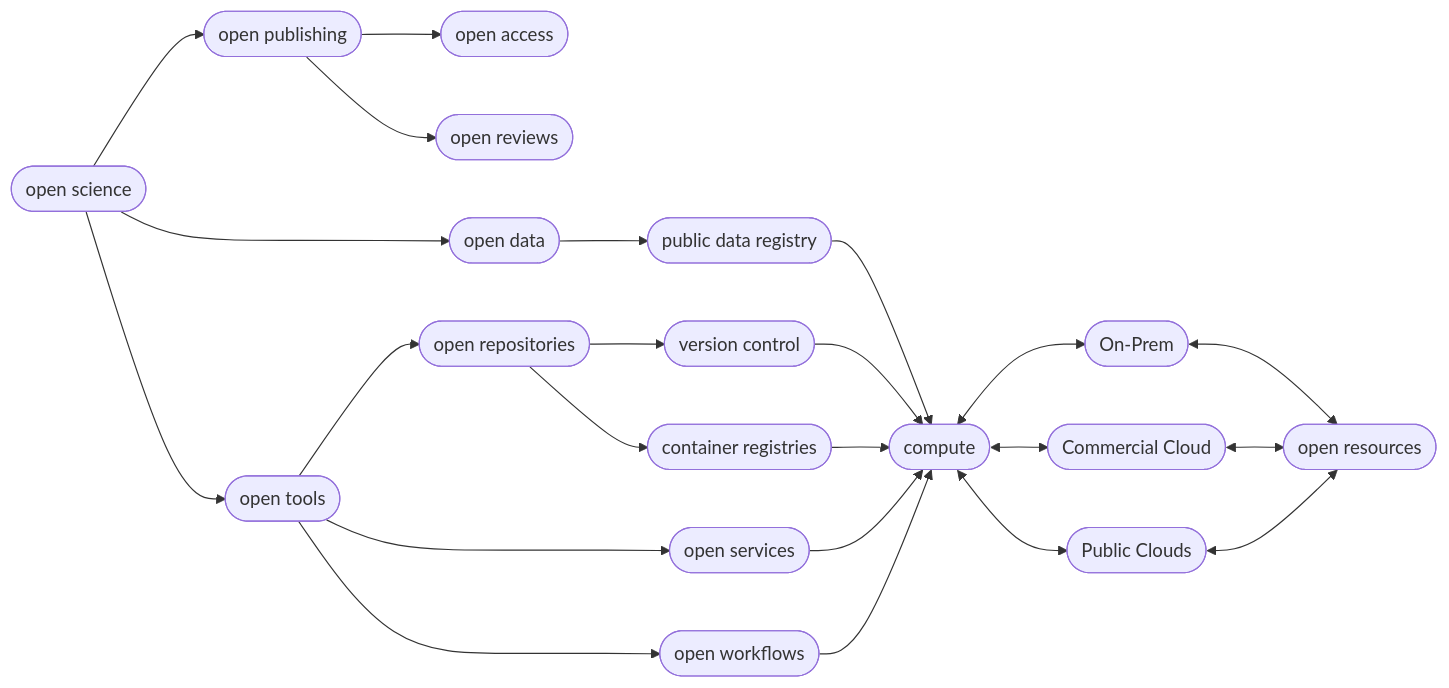
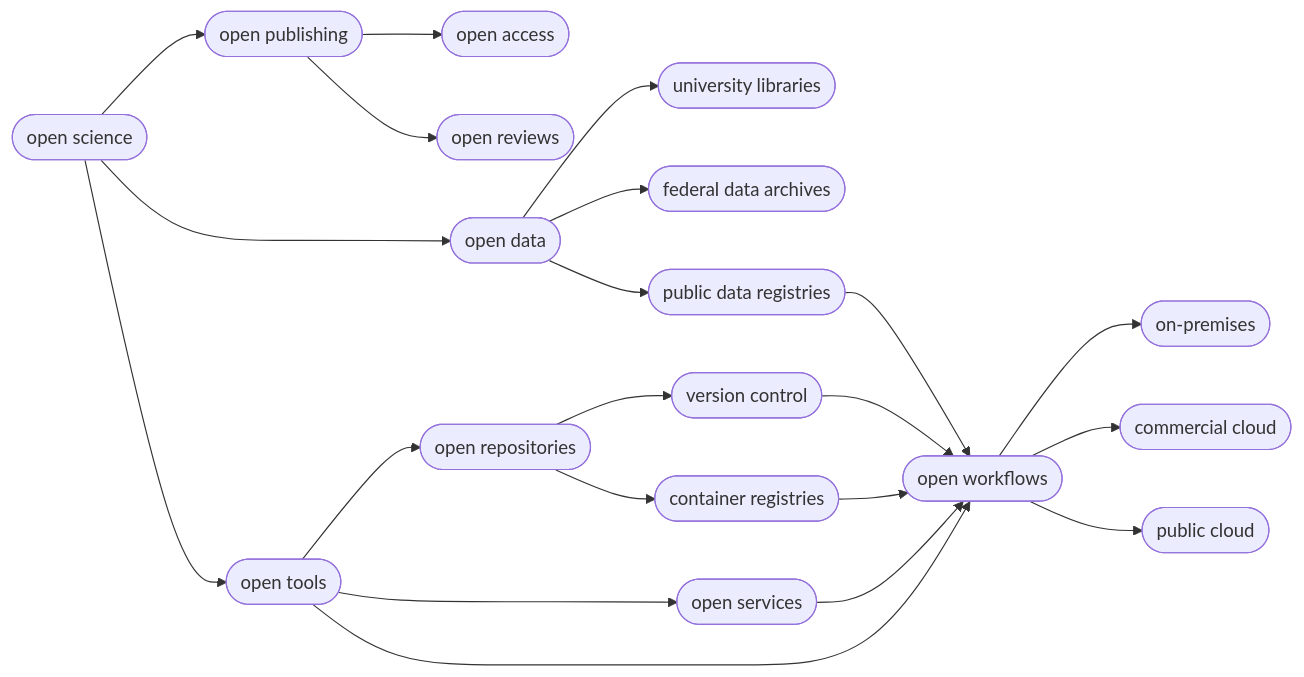
Before and after one commit to CyVerse-learning-materials/foss: the diagram in docs/01_intro_open_sci.md, drawn with Mermaid. The commit also changed other lines of this file, not shown here.

````diff
--- a/docs/01_intro_open_sci.md
+++ b/docs/01_intro_open_sci.md
@@ -61,31 +59,24 @@
 ``` mermaid
 flowchart LR
 
 id1([open science]) --> id3([open publishing]) & id4([open data]) & id5([open tools])
 
 id3([open publishing]) --> id41([open access]) & id42([open reviews])
 
-id5([open tools]) --> id8([open repositories]) & id10([open services]) & id11([open workflows])
+id5([open tools]) --> id8([open repositories]) & id10([open services]) & id101([open workflows])
 
-id8([open repositories]) --> id12([version control]) & id13([container registries])
+id8([open repositories]) --> id12([version control systems]) & id13([container registries])
 
-id12([version control]) --> id101([compute])
+id12([version control]) --> id101([open workflows])
 
-id13([container registries]) --> id101([compute])
+id13([container registries]) --> id101([open workflows])
 
-id14([public data registry]) --> id101([compute])
+id14([public data registry]) --> id101([open workflows])
 
-id10([open services]) --> id101([compute]) 
+id10([open services]) --> id101([open workflows]) 
 
-id11([open workflows]) --> id101([compute]) 
+id4([open data]) --> id21([university libraries]) & id22([federal data archives]) & id14([public data registries]) 
 
-id4([open data]) --> id14([public data registry])
+id101([open workflows]) --> id15([on-premises]) & id16([commercial cloud]) & id17([public cloud])
 
-id101([compute]) <--> id15([on-prem]) & id16([commercial cloud]) & id17([public cloud])
-
-id15([On-Prem]) <--> id20([open resources])
-
-id16([Commercial Cloud]) <--> id20([open resources]) 
-
-id17([Public Clouds]) <--> id20([open resources]) 
 ```
````
